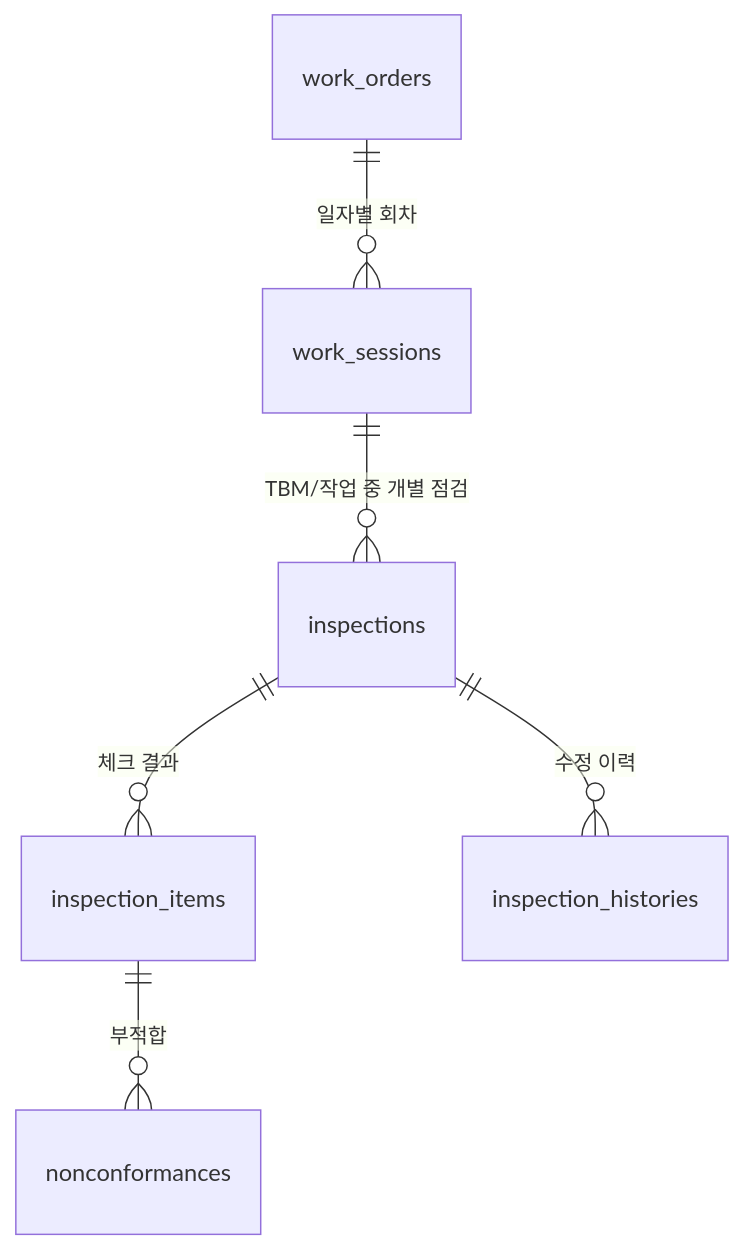
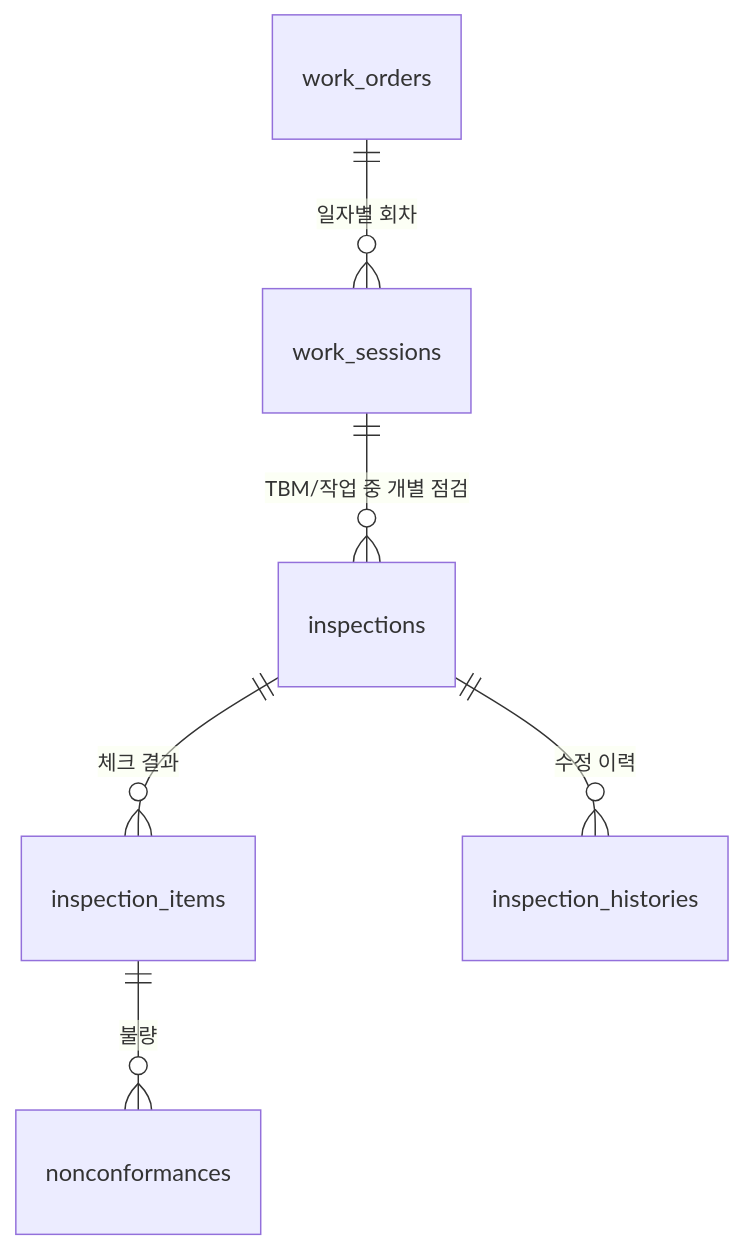
One commit to minq11/SMBE changed the eighth of 9 diagrams in docs/SMBE-schema-v5.5.md. Above: the diagram before and after it, drawn with Mermaid. The commit also changed other lines of this file and 30 other files, not shown here.

````diff
--- a/docs/SMBE-schema-v5.5.md
+++ b/docs/SMBE-schema-v5.5.md
@@ -683,8 +683,8 @@
 ```mermaid
 erDiagram
   work_orders ||--o{ work_sessions : "일자별 회차"
   work_sessions ||--o{ inspections : "TBM/작업 중 개별 점검"
   inspections ||--o{ inspection_items : "체크 결과"
-  inspection_items ||--o{ nonconformances : "부적합"
+  inspection_items ||--o{ nonconformances : "불량"
   inspections ||--o{ inspection_histories : "수정 이력"
 ```
````
